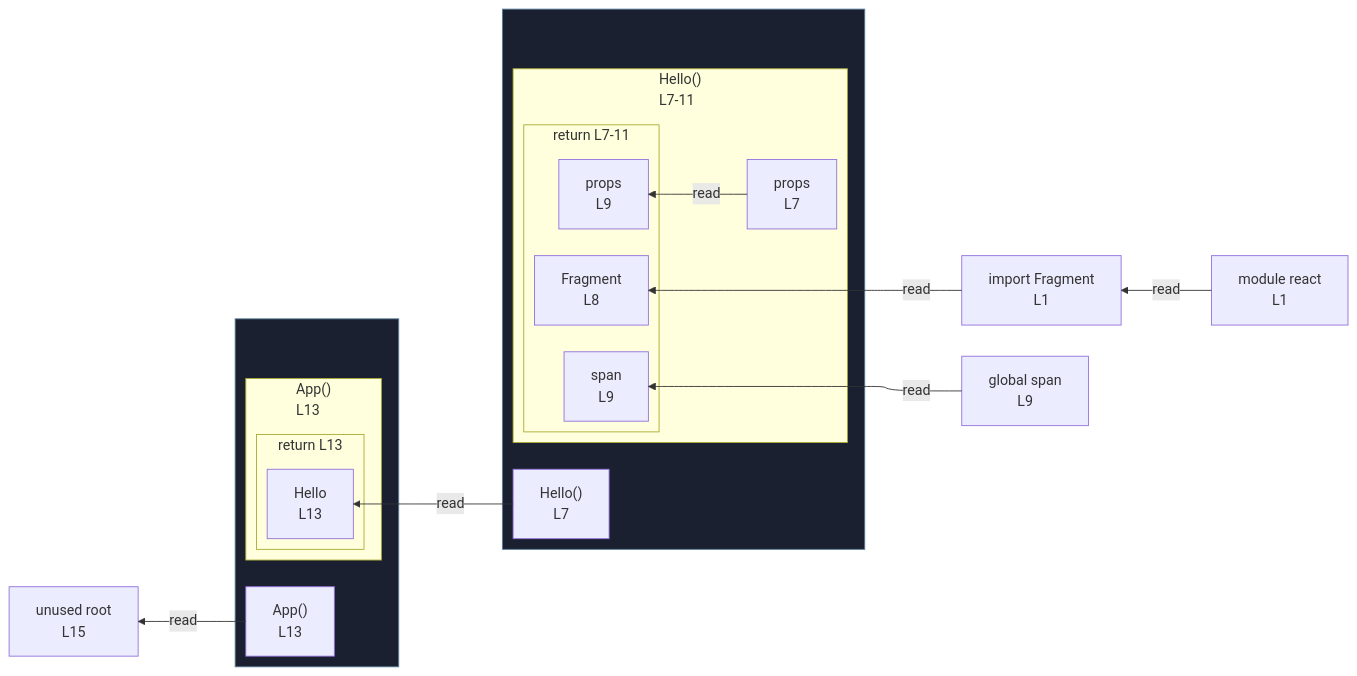
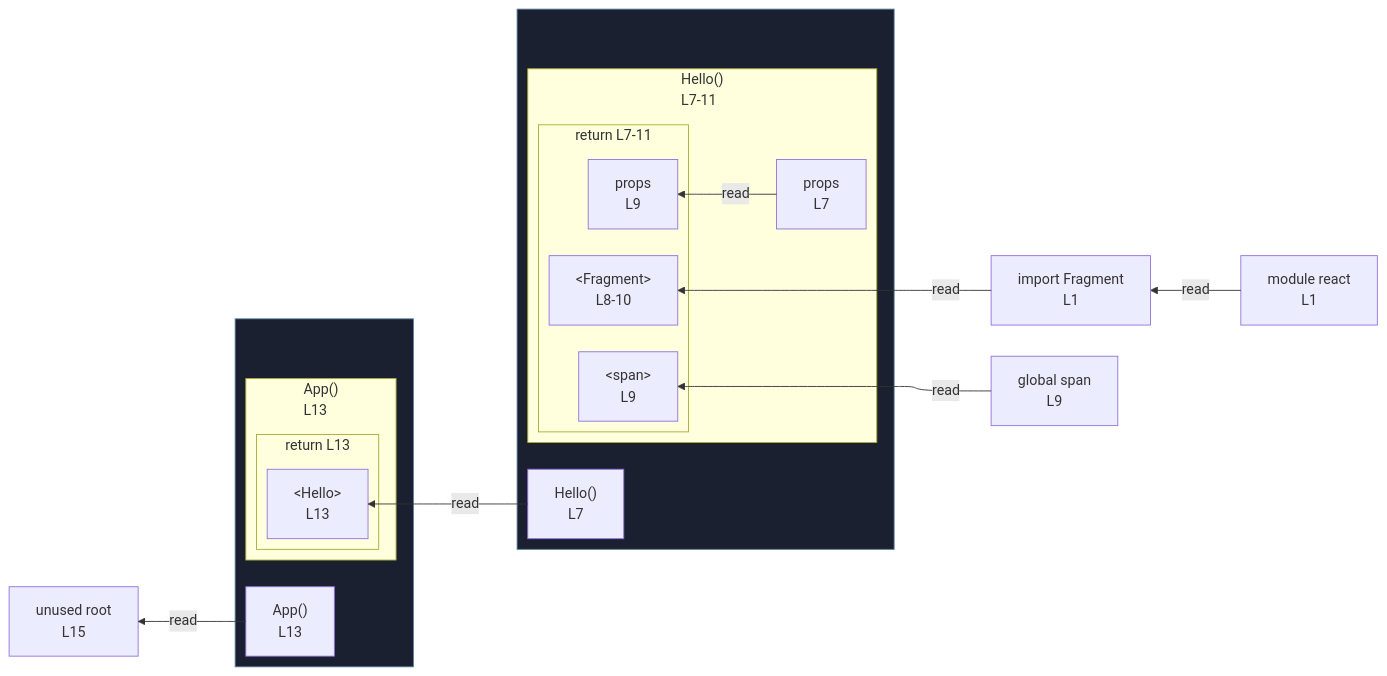
One commit to crescware/unsnarl changed the diagram in integration/fixtures/jsx-component/preview.md. Above: the diagram before and after it, drawn with Mermaid. The commit also changed 95 other files, not shown here.

````diff
--- a/integration/fixtures/jsx-component/preview.md
+++ b/integration/fixtures/jsx-component/preview.md
@@ -25,42 +25,42 @@
 ```mermaid
 %%{init: {"flowchart": {"defaultRenderer": "elk"}}}%%
 flowchart RL
   n_scope_0_Fragment_9["import Fragment<br/>L1"]
   n_scope_0_root_237["unused root<br/>L15"]
   n_scope_0_span_125["global span<br/>L9"]
   subgraph wrap_s_scope_1[" "]
     direction TB
     n_scope_0_Hello_79["Hello()<br/>L7"]
     subgraph s_scope_1["Hello()<br/>L7-11"]
       direction RL
       n_scope_1_props_88["props<br/>L7"]
       subgraph s_return_scope_0_Hello_79_105_187["return L7-11"]
         direction RL
-        ret_use_ref_0["Fragment<br/>L8"]
-        ret_use_ref_1["span<br/>L9"]
+        ret_use_ref_0["&lt;Fragment&gt;<br/>L8-10"]
+        ret_use_ref_1["&lt;span&gt;<br/>L9"]
         ret_use_ref_2["props<br/>L9"]
       end
     end
   end
   subgraph wrap_s_scope_2[" "]
     direction TB
     n_scope_0_App_196["App()<br/>L13"]
     subgraph s_scope_2["App()<br/>L13"]
       direction RL
       subgraph s_return_scope_0_App_196_208_228["return L13"]
         direction RL
-        ret_use_ref_3["Hello<br/>L13"]
+        ret_use_ref_3["&lt;Hello&gt;<br/>L13"]
       end
     end
   end
   n_scope_0_Fragment_9 -->|read| ret_use_ref_0
   n_scope_0_span_125 -->|read| ret_use_ref_1
   n_scope_1_props_88 -->|read| ret_use_ref_2
   n_scope_0_Hello_79 -->|read| ret_use_ref_3
   n_scope_0_App_196 -->|read| n_scope_0_root_237
   mod_react["module react<br/>L1"]
   mod_react -->|read| n_scope_0_Fragment_9
   classDef fnWrap fill:#1a2030,stroke:#5a7d99;
   class wrap_s_scope_1 fnWrap;
   class wrap_s_scope_2 fnWrap;
 ```
````
